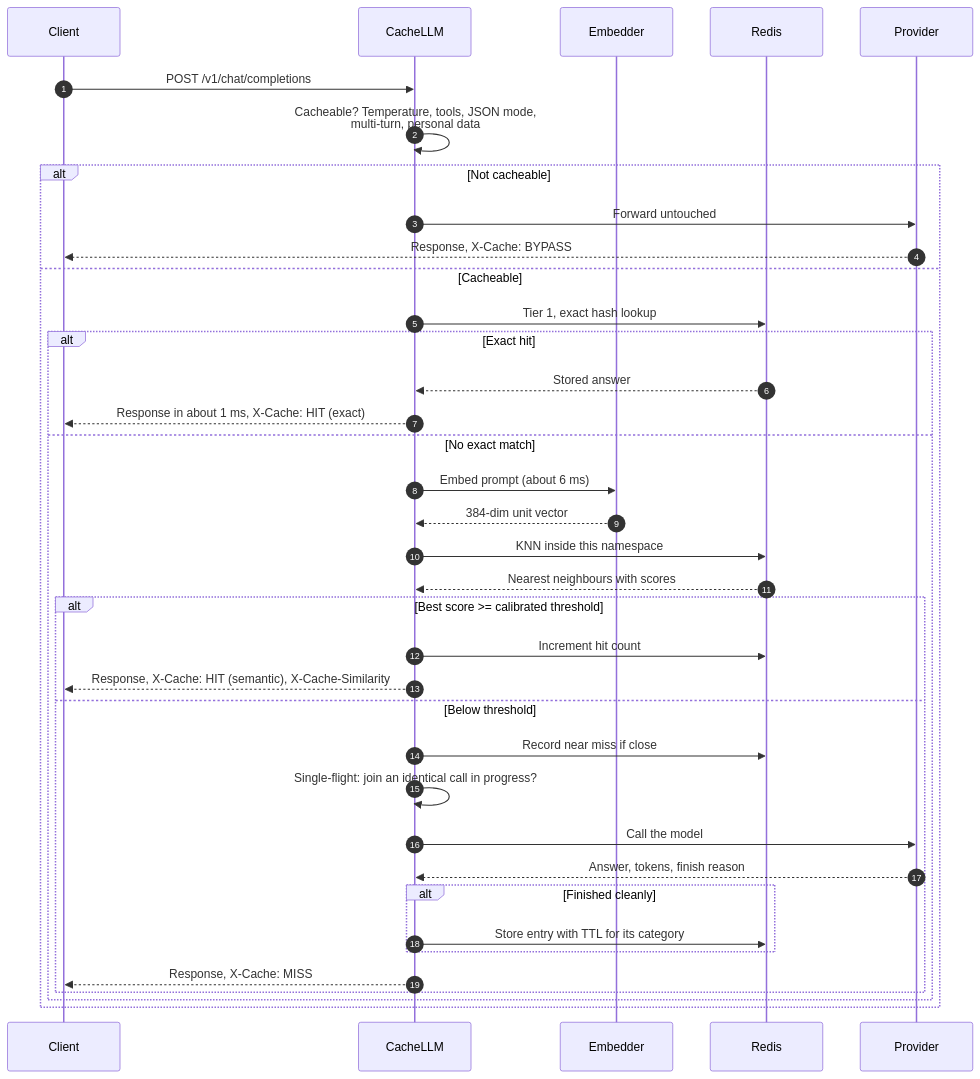
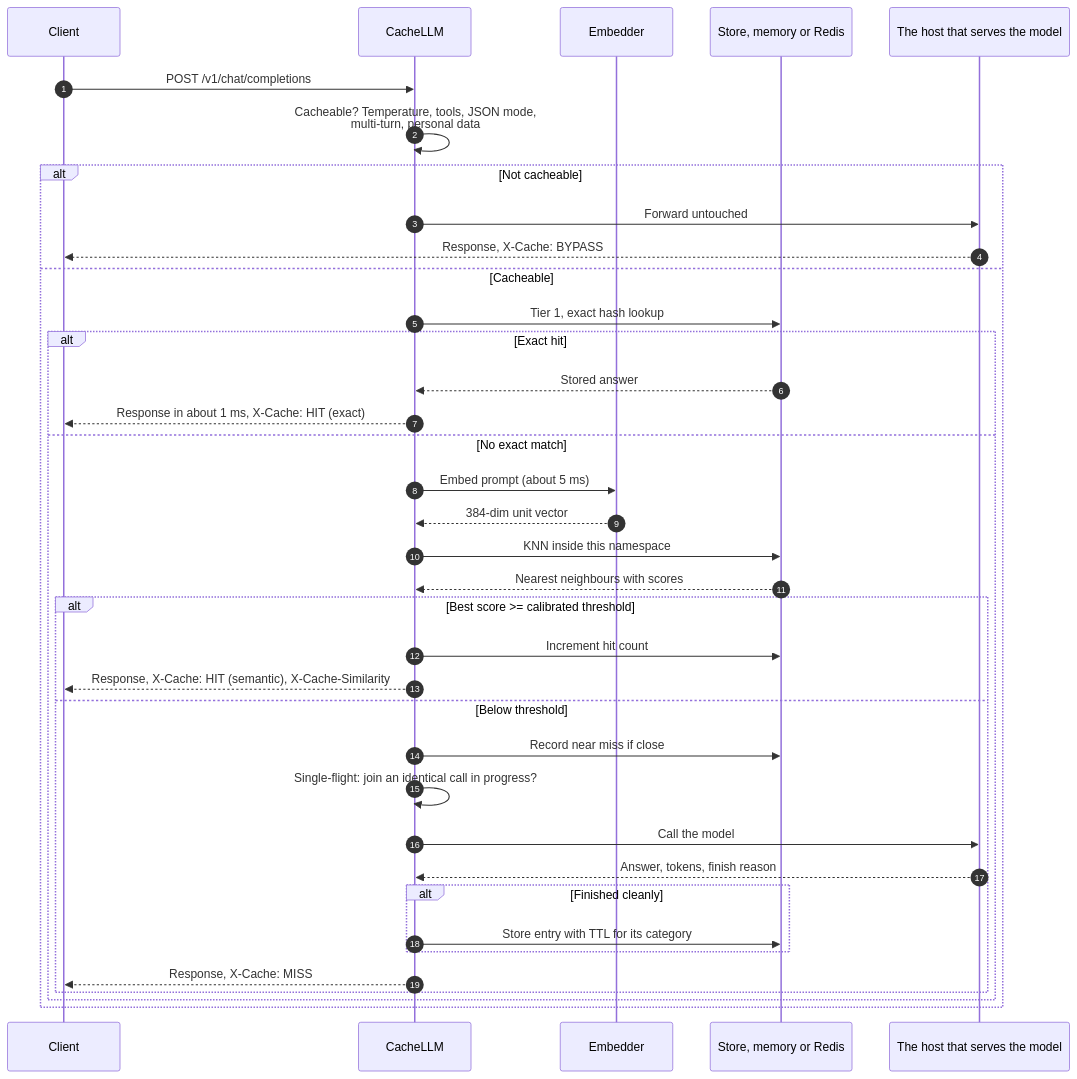
Before and after one commit to adarshcod30/CacheLLM: the second of 2 diagrams in README.md, drawn with Mermaid. The commit also changed other lines of this file and 10 other files, not shown here.

````diff
--- a/README.md
+++ b/README.md
@@ -150,40 +153,40 @@
 ```mermaid
 sequenceDiagram
     autonumber
     participant C as Client
     participant P as CacheLLM
     participant E as Embedder
-    participant R as Redis
-    participant M as Provider
+    participant R as Store, memory or Redis
+    participant M as The host that serves the model
 
     C->>P: POST /v1/chat/completions
     P->>P: Cacheable? Temperature, tools, JSON mode,<br/>multi-turn, personal data
     alt Not cacheable
         P->>M: Forward untouched
         M-->>C: Response, X-Cache: BYPASS
     else Cacheable
         P->>R: Tier 1, exact hash lookup
         alt Exact hit
             R-->>P: Stored answer
             P-->>C: Response in about 1 ms, X-Cache: HIT (exact)
         else No exact match
-            P->>E: Embed prompt (about 6 ms)
+            P->>E: Embed prompt (about 5 ms)
             E-->>P: 384-dim unit vector
             P->>R: KNN inside this namespace
             R-->>P: Nearest neighbours with scores
             alt Best score >= calibrated threshold
                 P->>R: Increment hit count
                 P-->>C: Response, X-Cache: HIT (semantic), X-Cache-Similarity
             else Below threshold
                 P->>R: Record near miss if close
                 P->>P: Single-flight: join an identical call in progress?
                 P->>M: Call the model
                 M-->>P: Answer, tokens, finish reason
                 alt Finished cleanly
                     P->>R: Store entry with TTL for its category
                 end
                 P-->>C: Response, X-Cache: MISS
             end
         end
     end
 ```
````
